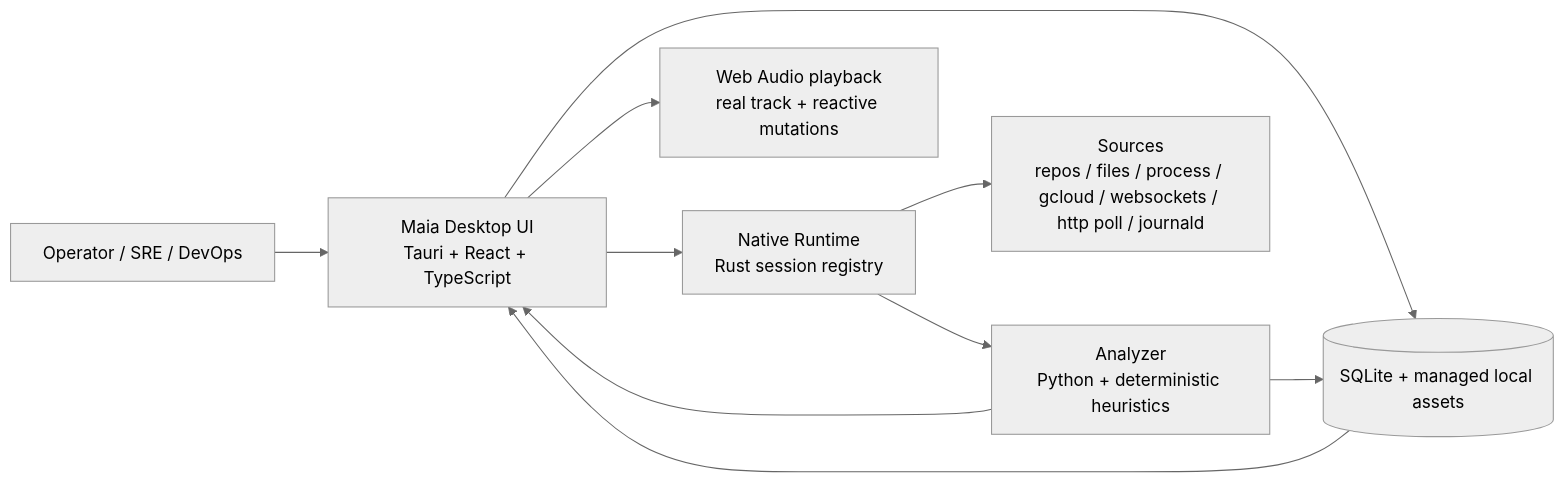
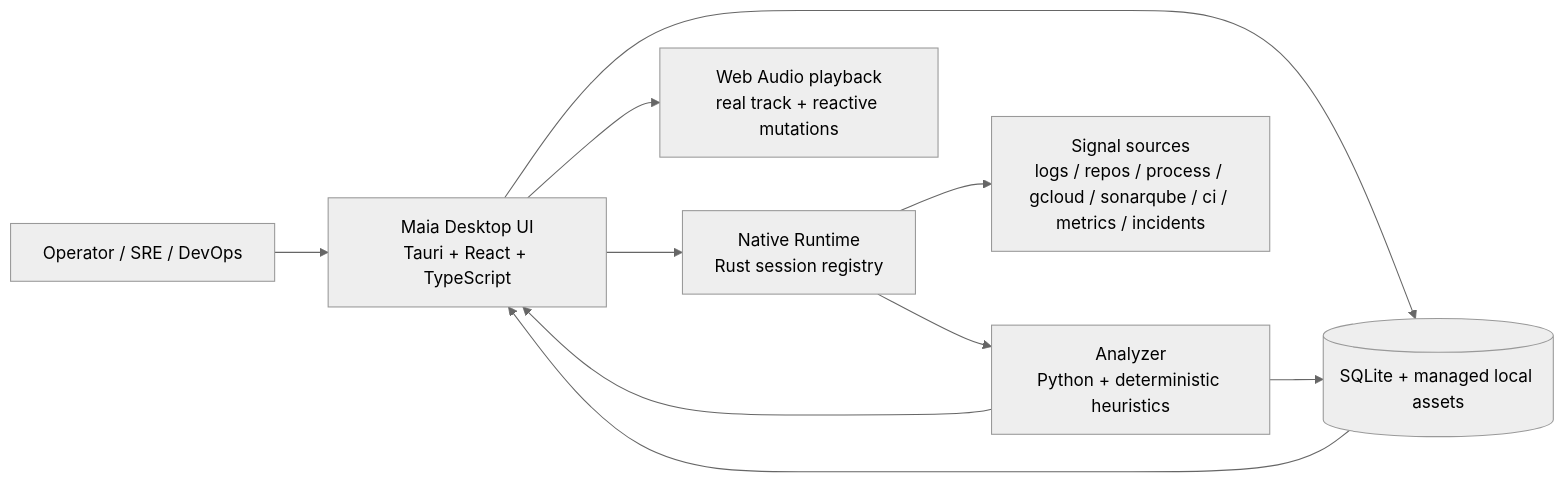
The first of 8 diagrams in docs/architecture.md (fabianaguero/maia), drawn with Mermaid (neutral theme) before and after one commit. The commit also changed other lines of this file and 12 other files, not shown here.

Commit message:
docs(product): update signal streams roadmap

````diff
--- a/docs/architecture.md
+++ b/docs/architecture.md
@@ -19,20 +21,20 @@
 ```mermaid
 flowchart LR
   Operator[Operator / SRE / DevOps]
   Desktop[Maia Desktop UI<br/>Tauri + React + TypeScript]
   Runtime[Native Runtime<br/>Rust session registry]
   Analyzer[Analyzer<br/>Python + deterministic heuristics]
   Storage[(SQLite + managed local assets)]
-  Sources[Sources<br/>repos / files / process / gcloud / websockets / http poll / journald]
+  Sources[Signal sources<br/>logs / repos / process / gcloud / sonarqube / ci / metrics / incidents]
   Audio[Web Audio playback<br/>real track + reactive mutations]
 
   Operator --> Desktop
   Desktop --> Runtime
   Desktop --> Audio
   Desktop --> Storage
   Runtime --> Sources
   Runtime --> Analyzer
   Analyzer --> Desktop
   Analyzer --> Storage
   Storage --> Desktop
 ```
````
